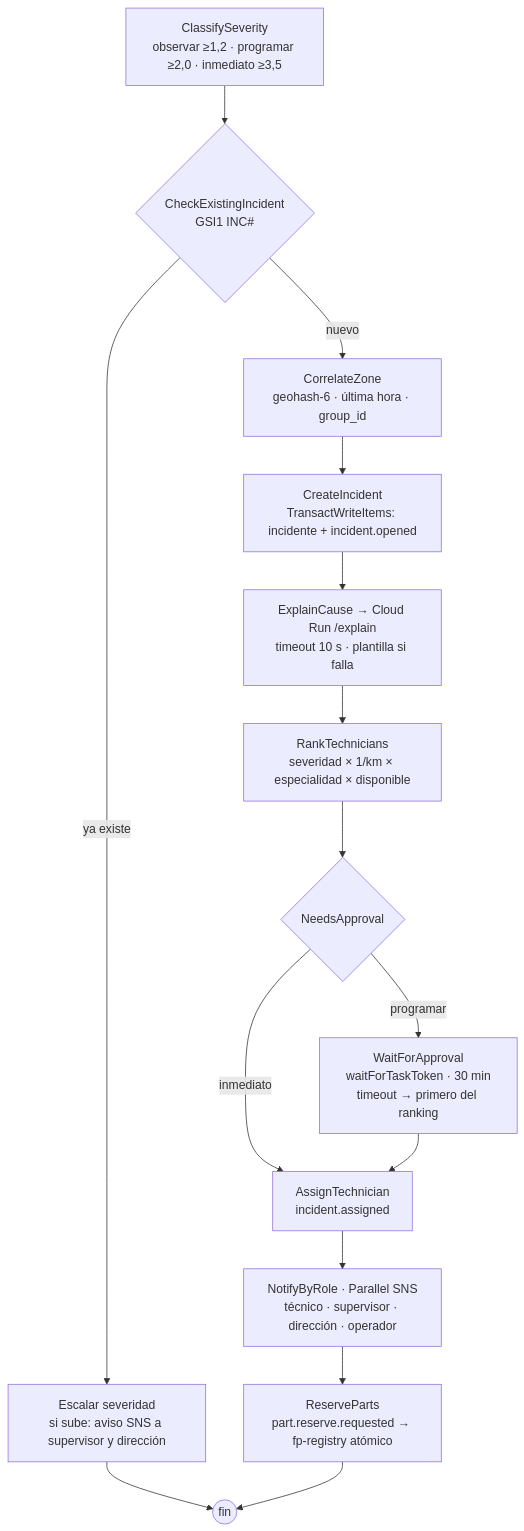
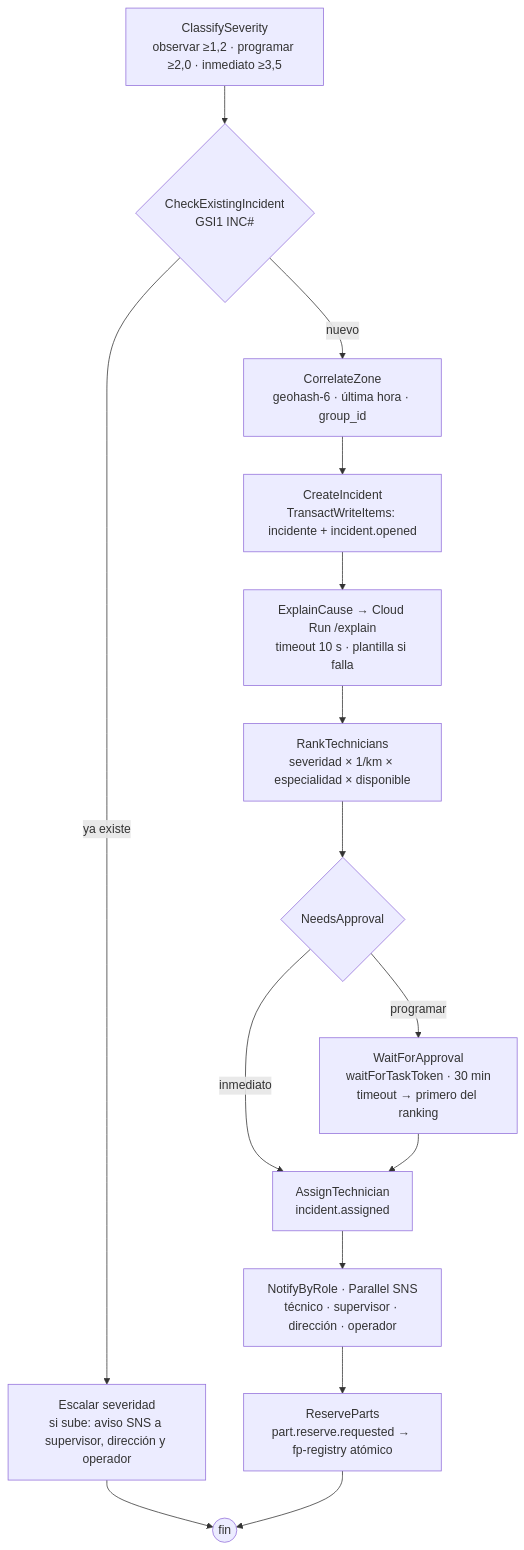
The first of 2 diagrams in docs/architecture.md (ArquiFusion-motosierra/fleetpulse), drawn with Mermaid before and after one commit. The commit also changed 6 other files, not shown here.

````diff
--- a/docs/architecture.md
+++ b/docs/architecture.md
@@ -53,16 +53,16 @@
 ```mermaid
 flowchart TD
     A[ClassifySeverity<br/>observar ≥1,2 · programar ≥2,0 · inmediato ≥3,5] --> B{CheckExistingIncident<br/>GSI1 INC#}
-    B -- ya existe --> B2[Escalar severidad<br/>si sube: aviso SNS a supervisor y dirección] --> Z((fin))
+    B -- ya existe --> B2[Escalar severidad<br/>si sube: aviso SNS a supervisor, dirección y operador] --> Z((fin))
     B -- nuevo --> C[CorrelateZone<br/>geohash-6 · última hora · group_id]
     C --> D[CreateIncident<br/>TransactWriteItems: incidente + incident.opened]
     D --> E[ExplainCause → Cloud Run /explain<br/>timeout 10 s · plantilla si falla]
     E --> F[RankTechnicians<br/>severidad × 1/km × especialidad × disponible]
     F --> G{NeedsApproval}
     G -- programar --> H[WaitForApproval<br/>waitForTaskToken · 30 min<br/>timeout → primero del ranking]
     G -- inmediato --> I
     H --> I[AssignTechnician<br/>incident.assigned]
     I --> J[NotifyByRole · Parallel SNS<br/>técnico · supervisor · dirección · operador]
     J --> K[ReserveParts<br/>part.reserve.requested → fp-registry atómico]
     K --> Z
 ```
````
